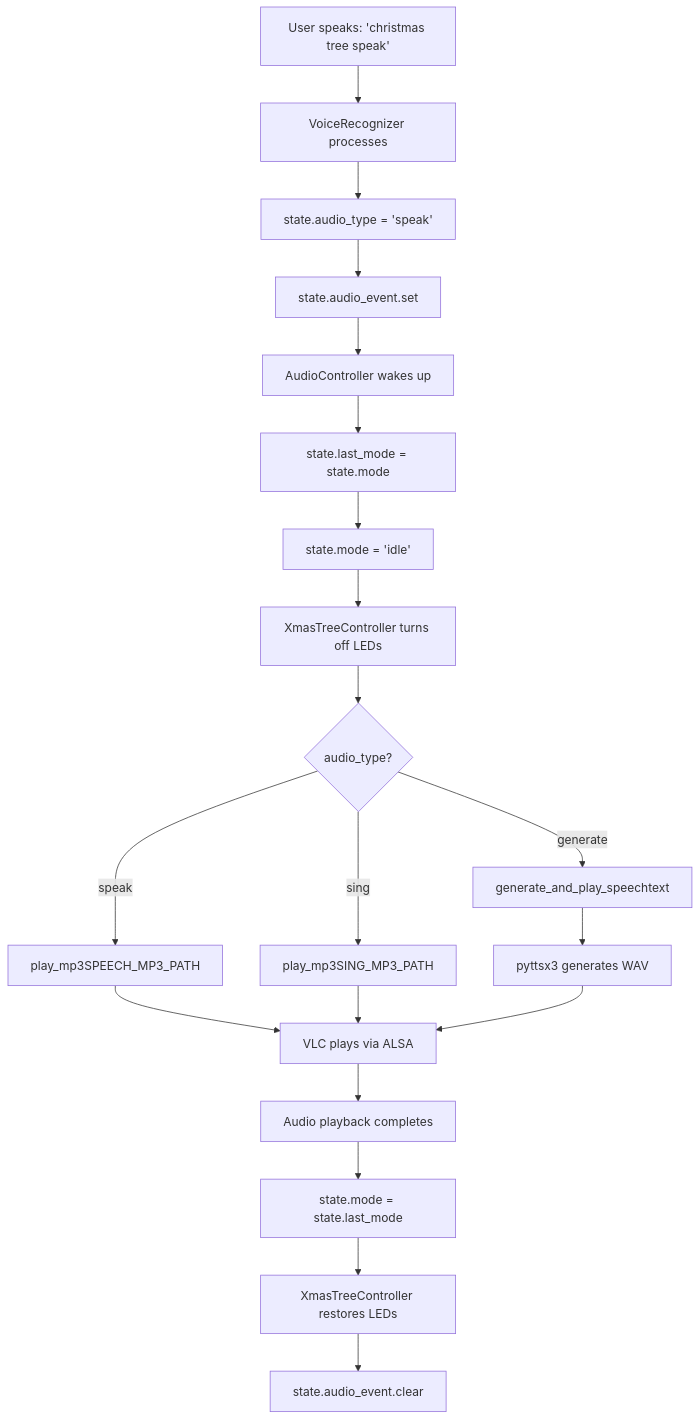
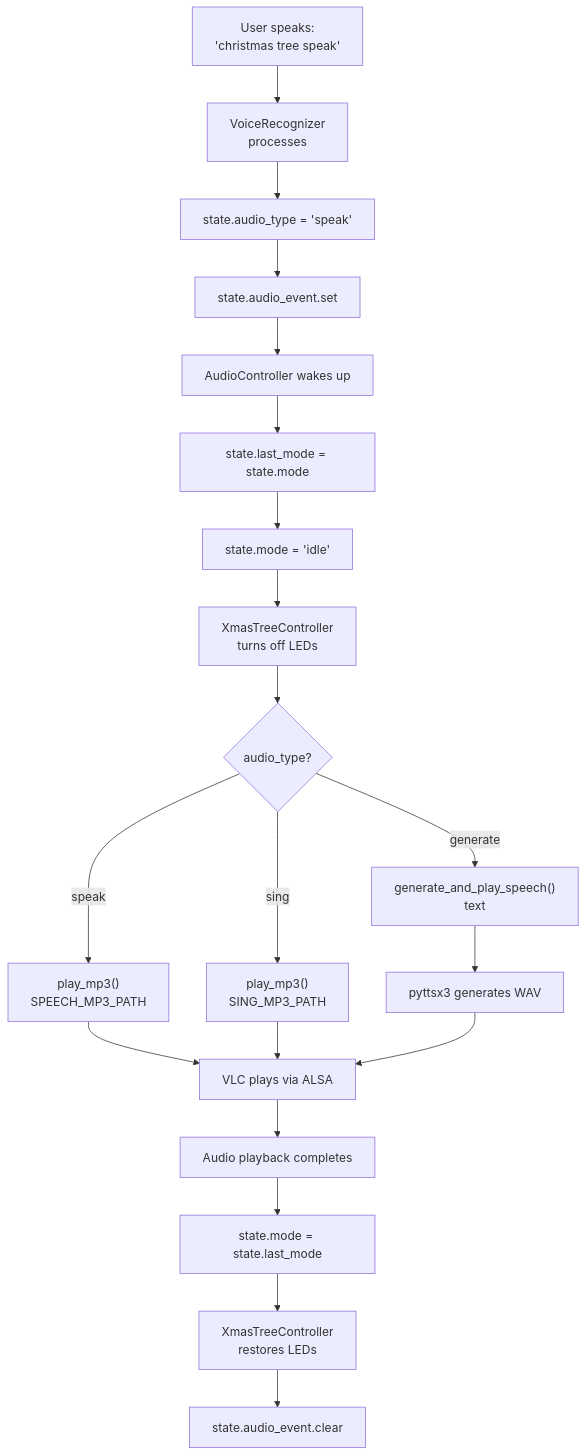
One commit to malminhas/raspberrypi-xmastree changed the tenth of 11 diagrams in ARCHITECTURE.md. Above: the diagram before and after it, drawn with Mermaid. The commit also changed other lines of this file, not shown here.

Commit message:
Adjusting text to fit into flow boxes better

````diff
--- a/ARCHITECTURE.md
+++ b/ARCHITECTURE.md
@@ -828,22 +828,22 @@
 ```mermaid
 flowchart TD
-    A[User speaks: 'christmas tree speak'] --> B[VoiceRecognizer processes]
+    A["User speaks:<br/>'christmas tree speak'"] --> B["VoiceRecognizer<br/>processes"]
     B --> C[state.audio_type = 'speak']
     C --> D[state.audio_event.set]
     D --> E[AudioController wakes up]
     E --> F[state.last_mode = state.mode]
     F --> G[state.mode = 'idle']
-    G --> H[XmasTreeController turns off LEDs]
+    G --> H["XmasTreeController<br/>turns off LEDs"]
     H --> I{audio_type?}
-    I -->|speak| J[play_mp3SPEECH_MP3_PATH]
-    I -->|sing| K[play_mp3SING_MP3_PATH]
-    I -->|generate| L[generate_and_play_speechtext]
+    I -->|speak| J["play_mp3()<br/>SPEECH_MP3_PATH"]
+    I -->|sing| K["play_mp3()<br/>SING_MP3_PATH"]
+    I -->|generate| L["generate_and_play_speech()<br/>text"]
     J --> M[VLC plays via ALSA]
     K --> M
     L --> N[pyttsx3 generates WAV]
     N --> M
     M --> O[Audio playback completes]
     O --> P[state.mode = state.last_mode]
-    P --> Q[XmasTreeController restores LEDs]
+    P --> Q["XmasTreeController<br/>restores LEDs"]
     Q --> R[state.audio_event.clear]
 ```
````
